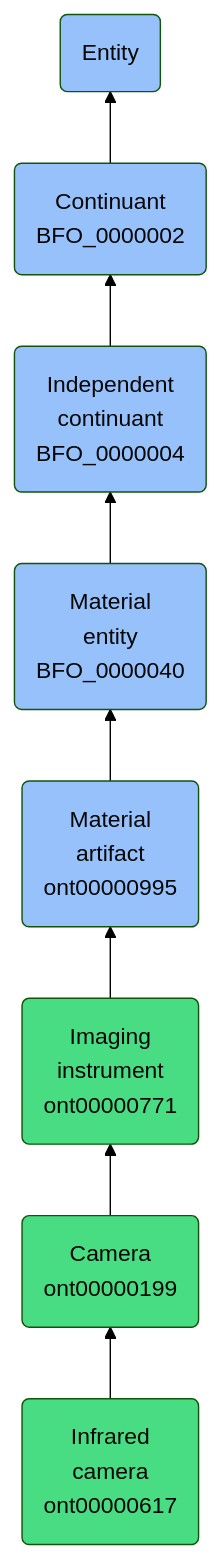
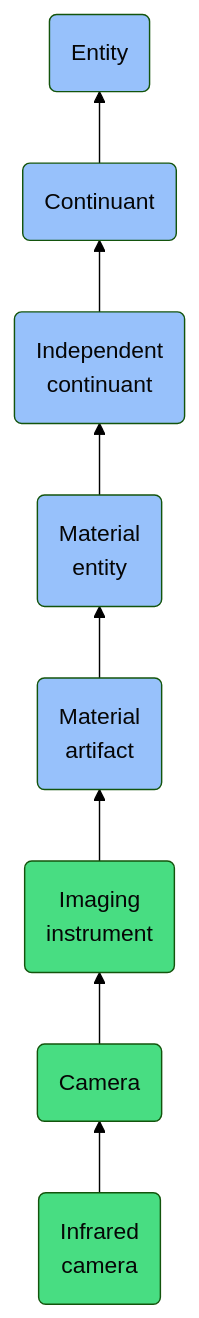
Before and after one commit to jupyter-naas/abi: the diagram in docs/ontology/reference/model/Entity/Continuant/Independent continuant/Material entity/Material artifact/Imaging instrument/Camera/Infrared camera/Infrared camera.md, drawn with Mermaid (forest theme). The commit also changed other lines of this file and 1430 other files, not shown here.

````diff
--- a/docs/ontology/reference/model/Entity/Continuant/Independent continuant/Material entity/Material artifact/Imaging instrument/Camera/Infrared camera/Infrared camera.md
+++ b/docs/ontology/reference/model/Entity/Continuant/Independent continuant/Material entity/Material artifact/Imaging instrument/Camera/Infrared camera/Infrared camera.md
@@ -25,15 +25,15 @@
 ```mermaid
 graph BT
-    ont00000617(Infrared<br>camera<br>ont00000617):::ABI-->ont00000199
-    ont00000199(Camera<br>ont00000199):::ABI-->ont00000771
-    ont00000771(Imaging<br>instrument<br>ont00000771):::ABI-->ont00000995
-    ont00000995(Material<br>artifact<br>ont00000995):::BFO-->BFO_0000040
-    BFO_0000040(Material<br>entity<br>BFO_0000040):::BFO-->BFO_0000004
-    BFO_0000004(Independent<br>continuant<br>BFO_0000004):::BFO-->BFO_0000002
-    BFO_0000002(Continuant<br>BFO_0000002):::BFO-->BFO_0000001
+    ont00000617(Infrared<br>camera):::ABI-->ont00000199
+    ont00000199(Camera):::ABI-->ont00000771
+    ont00000771(Imaging<br>instrument):::ABI-->ont00000995
+    ont00000995(Material<br>artifact):::BFO-->BFO_0000040
+    BFO_0000040(Material<br>entity):::BFO-->BFO_0000004
+    BFO_0000004(Independent<br>continuant):::BFO-->BFO_0000002
+    BFO_0000002(Continuant):::BFO-->BFO_0000001
     BFO_0000001(Entity):::BFO
     
     classDef BFO fill:#97c1fb,color:#060606
     classDef CCO fill:#e4c51e,color:#060606
     classDef ABI fill:#48DD82,color:#060606
 ```
````
